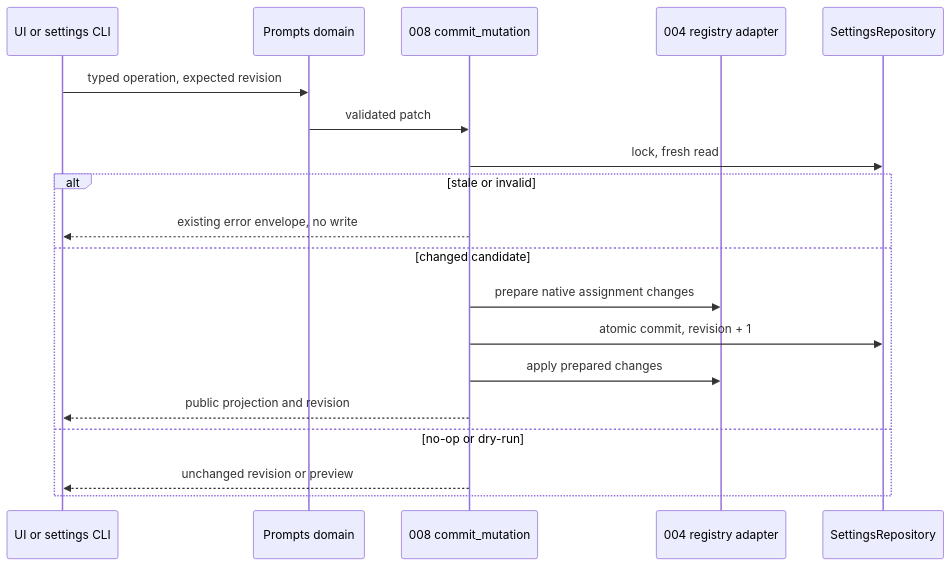
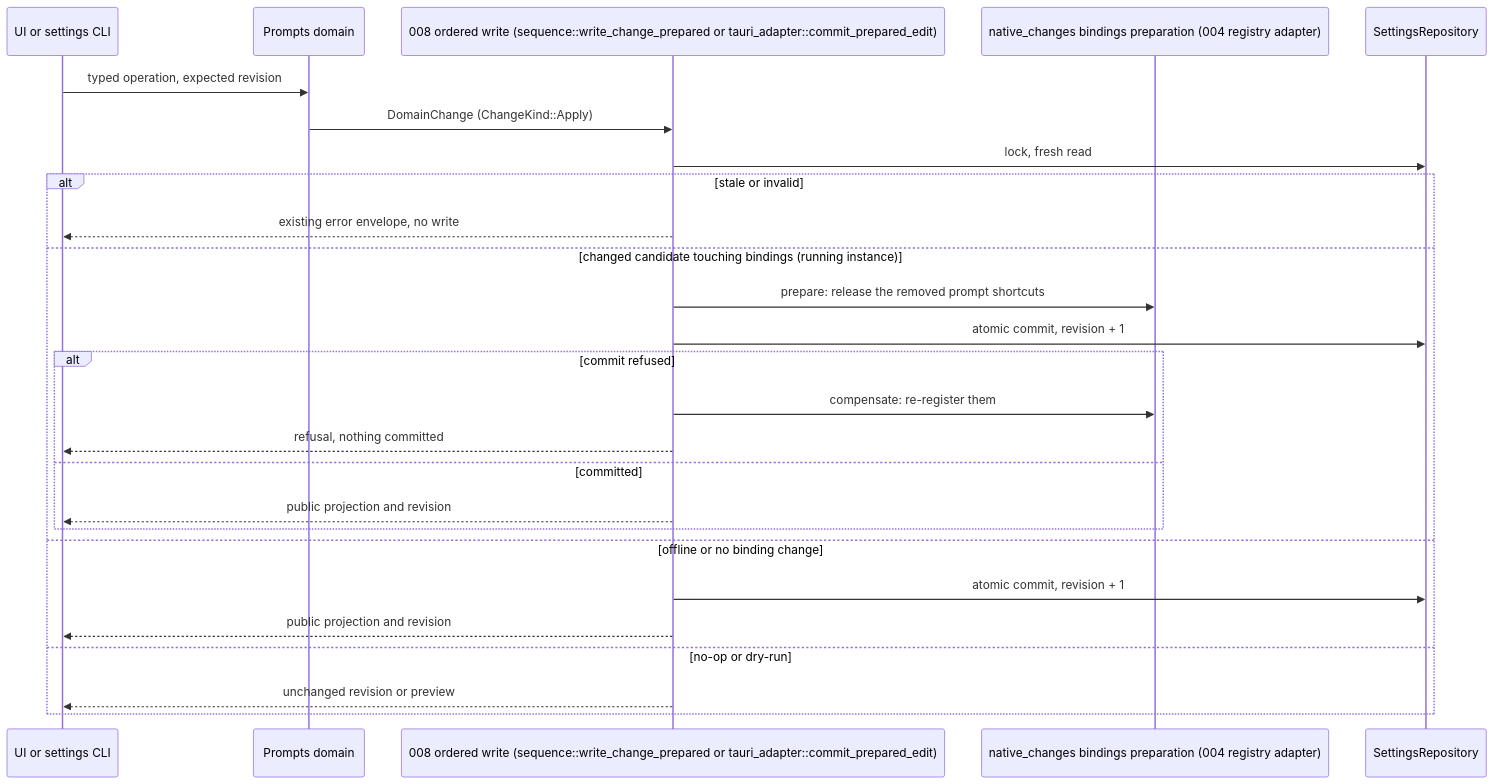
The first of 4 diagrams in .specs/features/005-custom-ai-prompts/plan.md (julien-m/handy), drawn with Mermaid before and after one commit. The commit also changed other lines of this file and 3 other files, not shown here.

````diff
--- a/.specs/features/005-custom-ai-prompts/plan.md
+++ b/.specs/features/005-custom-ai-prompts/plan.md
@@ -154,21 +175,28 @@
 ```mermaid
 sequenceDiagram
   participant Caller as UI or settings CLI
   participant Domain as Prompts domain
-  participant Tx as 008 commit_mutation
-  participant Keys as 004 registry adapter
+  participant Tx as 008 ordered write (sequence::write_change_prepared or tauri_adapter::commit_prepared_edit)
+  participant Keys as native_changes bindings preparation (004 registry adapter)
   participant Disk as SettingsRepository
   Caller->>Domain: typed operation, expected revision
-  Domain->>Tx: validated patch
+  Domain->>Tx: DomainChange (ChangeKind::Apply)
   Tx->>Disk: lock, fresh read
   alt stale or invalid
     Tx-->>Caller: existing error envelope, no write
-  else changed candidate
-    Tx->>Keys: prepare native assignment changes
+  else changed candidate touching bindings (running instance)
+    Tx->>Keys: prepare: release the removed prompt shortcuts
     Tx->>Disk: atomic commit, revision + 1
-    Tx->>Keys: apply prepared changes
+    alt commit refused
+      Tx->>Keys: compensate: re-register them
+      Tx-->>Caller: refusal, nothing committed
+    else committed
+      Tx-->>Caller: public projection and revision
+    end
+  else offline or no binding change
+    Tx->>Disk: atomic commit, revision + 1
     Tx-->>Caller: public projection and revision
   else no-op or dry-run
     Tx-->>Caller: unchanged revision or preview
   end
 ```
````
